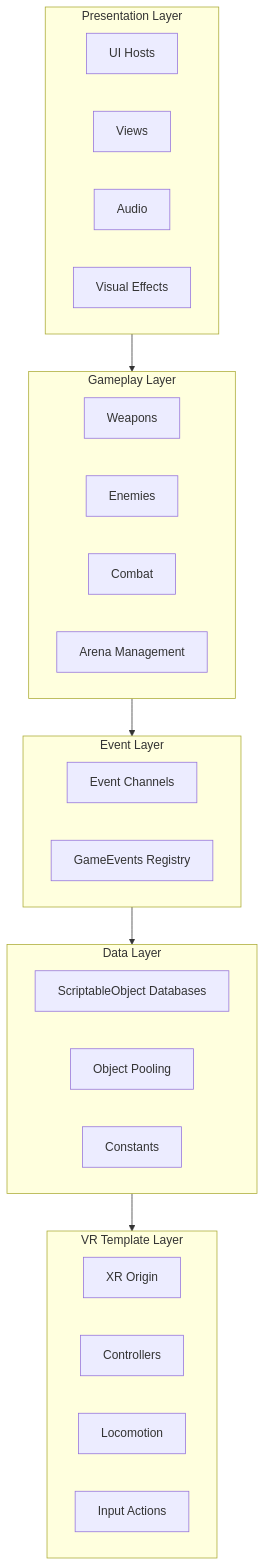
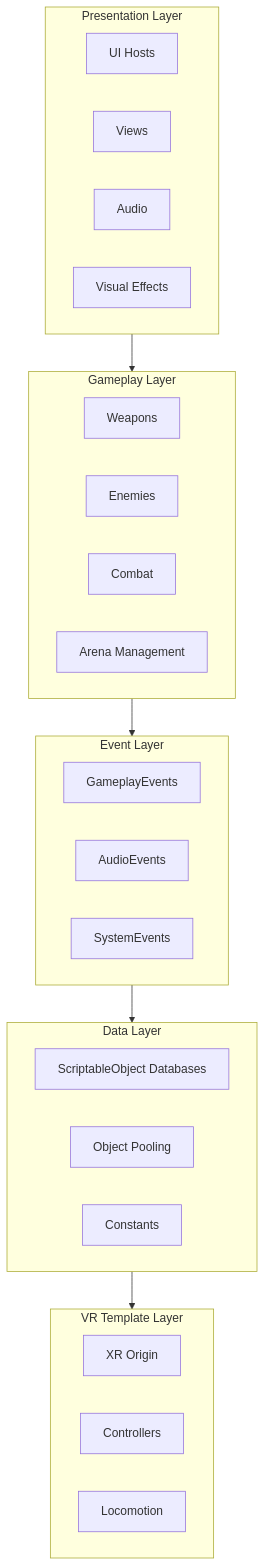
Before and after one commit to SBUplakankus/monsta-choppa-vr: the first of 5 diagrams in Docs/architecture/overview.md, drawn with Mermaid. The commit also changed other lines of this file and 9 other files, not shown here.

````diff
--- a/Docs/architecture/overview.md
+++ b/Docs/architecture/overview.md
@@ -20,39 +22,39 @@
 ```mermaid
-graph TB
+flowchart TB
     subgraph Presentation["Presentation Layer"]
         A1[UI Hosts]
         A2[Views]
         A3[Audio]
         A4[Visual Effects]
     end
     
     subgraph Gameplay["Gameplay Layer"]
         B1[Weapons]
         B2[Enemies]
         B3[Combat]
         B4[Arena Management]
     end
     
     subgraph Events["Event Layer"]
-        C1[Event Channels]
-        C2[GameEvents Registry]
+        C1[GameplayEvents]
+        C2[AudioEvents]
+        C3[SystemEvents]
     end
     
     subgraph Data["Data Layer"]
         D1[ScriptableObject Databases]
         D2[Object Pooling]
         D3[Constants]
     end
     
     subgraph VR["VR Template Layer"]
         E1[XR Origin]
         E2[Controllers]
         E3[Locomotion]
-        E4[Input Actions]
     end
     
     Presentation --> Gameplay
     Gameplay --> Events
     Events --> Data
     Data --> VR
 ```
````
